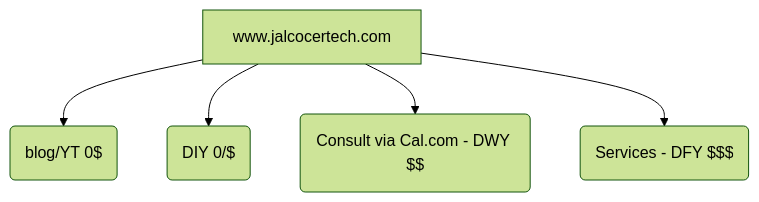
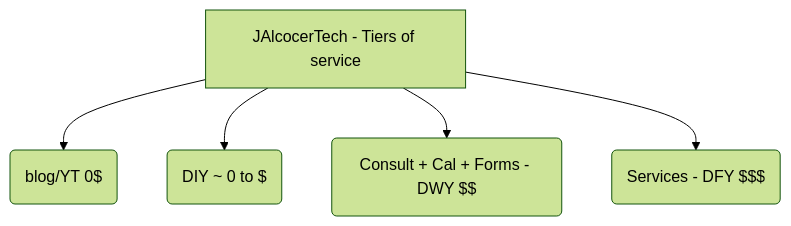
Before and after one commit to JAlcocerT/JAlcocerT: the first of 5 diagrams in content/blog/outro-whatayear2025.md, drawn with Mermaid (forest theme). The commit also changed other lines of this file and 24 other files, not shown here.

````diff
--- a/content/blog/outro-whatayear2025.md
+++ b/content/blog/outro-whatayear2025.md
@@ -109,7 +78,7 @@
 ```mermaid
 graph TD
-    A[www.jalcocertech.com] --> B(blog/YT 0$);
-    A --> C(DIY 0/$);
-    A --> D(Consult via Cal.com - DWY $$);
+    A[JAlcocerTech - Tiers of service] --> B(blog/YT 0$);
+    A --> C(DIY ~ 0 to $);
+    A --> D(Consult + Cal + Forms - DWY $$);
     A --> E(Services - DFY $$$);
 ```
````
